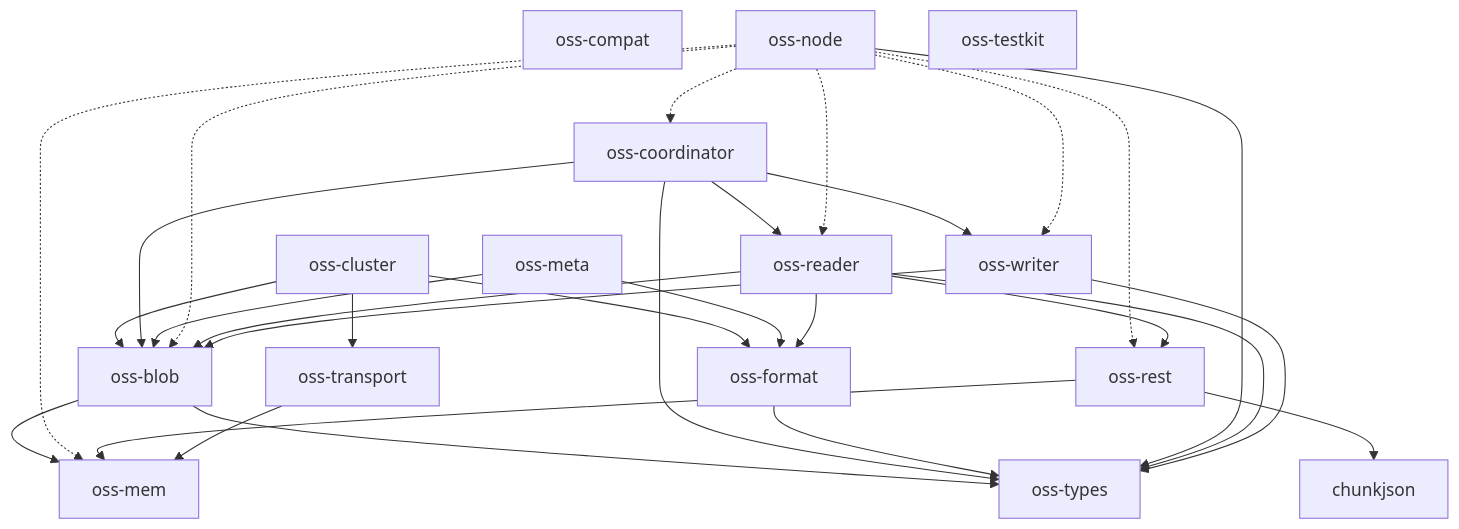
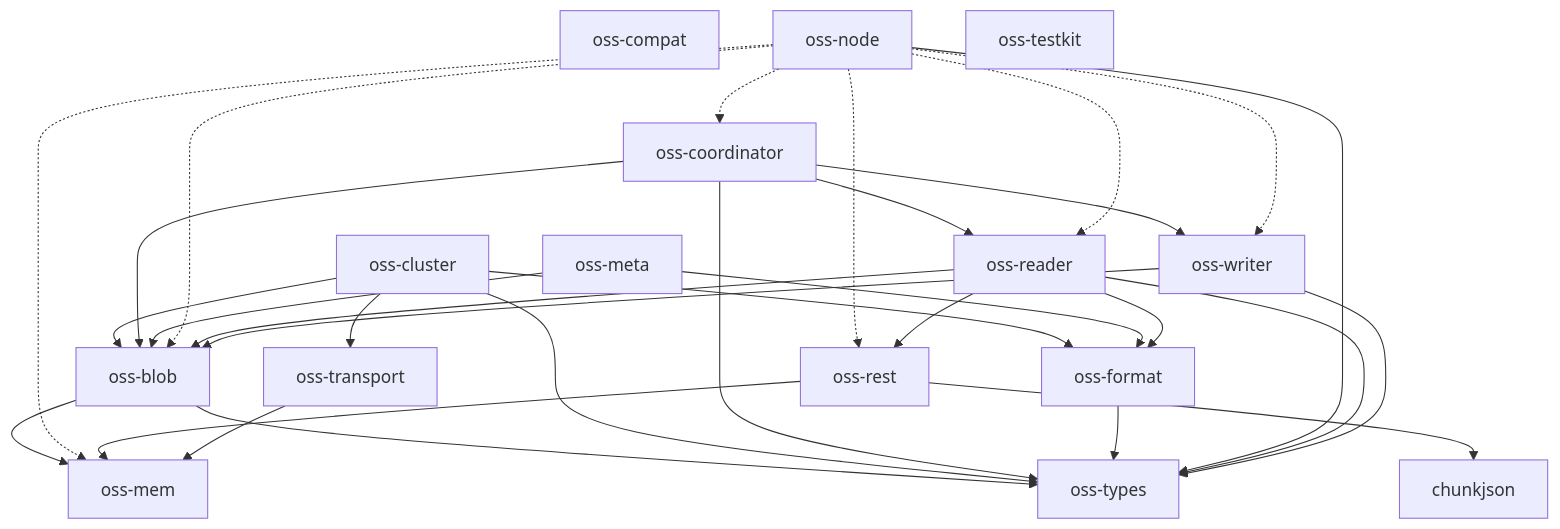
Before and after one commit to huyz0/opensearch-serverless: the diagram in docs/architecture.md, drawn with Mermaid. The commit also changed 12 other files, not shown here.

````diff
--- a/docs/architecture.md
+++ b/docs/architecture.md
@@ -10,36 +10,37 @@
 ```mermaid
 graph TD
     chunkjson
     oss-blob --> oss-mem
     oss-blob --> oss-types
     oss-cluster --> oss-blob
     oss-cluster --> oss-format
     oss-cluster --> oss-transport
+    oss-cluster --> oss-types
     oss-compat
     oss-coordinator --> oss-blob
     oss-coordinator --> oss-reader
     oss-coordinator --> oss-types
     oss-coordinator --> oss-writer
     oss-format --> oss-types
     oss-mem
     oss-meta --> oss-blob
     oss-meta --> oss-format
     oss-node -.-> oss-blob
     oss-node -.-> oss-coordinator
     oss-node -.-> oss-mem
     oss-node -.-> oss-reader
     oss-node -.-> oss-rest
     oss-node --> oss-types
     oss-node -.-> oss-writer
     oss-reader --> oss-blob
     oss-reader --> oss-format
     oss-reader --> oss-rest
     oss-reader --> oss-types
     oss-rest --> chunkjson
     oss-rest --> oss-mem
     oss-testkit
     oss-transport --> oss-mem
     oss-types
     oss-writer --> oss-blob
     oss-writer --> oss-types
 ```
````
